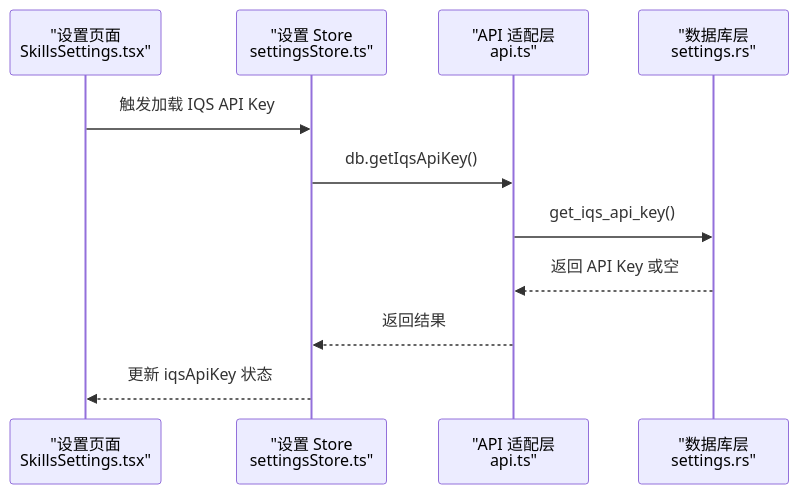
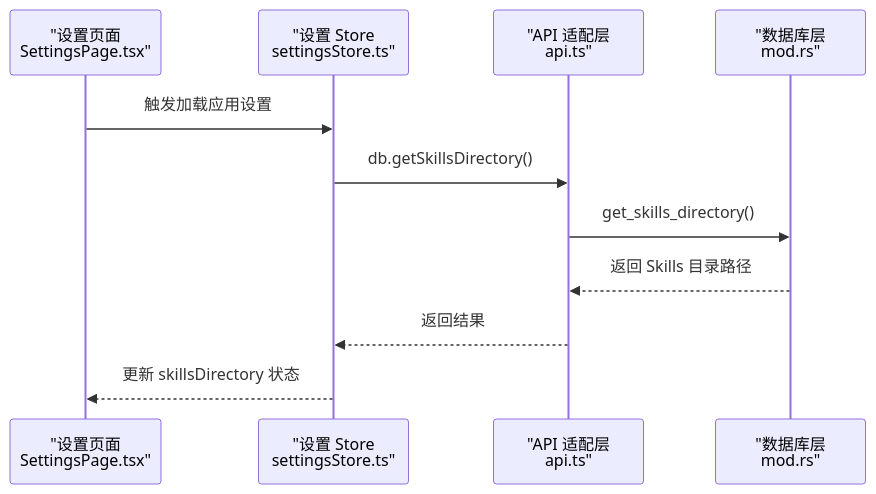
Before and after one commit to baike08/cosurf: the second of 6 diagrams in .qoder/repowiki/zh/content/设置和配置/工具设置.md, drawn with Mermaid. The commit also changed other lines of this file and 15 other files, not shown here.

````diff
--- a/.qoder/repowiki/zh/content/设置和配置/工具设置.md
+++ b/.qoder/repowiki/zh/content/设置和配置/工具设置.md
@@ -126,13 +117,13 @@
 ```mermaid
 sequenceDiagram
-participant UI as "设置页面<br/>SkillsSettings.tsx"
+participant UI as "设置页面<br/>SettingsPage.tsx"
 participant Store as "设置 Store<br/>settingsStore.ts"
 participant API as "API 适配层<br/>api.ts"
-participant DB as "数据库层<br/>settings.rs"
-UI->>Store : 触发加载 IQS API Key
-Store->>API : db.getIqsApiKey()
-API->>DB : get_iqs_api_key()
-DB-->>API : 返回 API Key 或空
+participant DB as "数据库层<br/>mod.rs"
+UI->>Store : 触发加载应用设置
+Store->>API : db.getSkillsDirectory()
+API->>DB : get_skills_directory()
+DB-->>API : 返回 Skills 目录路径
 API-->>Store : 返回结果
-Store-->>UI : 更新 iqsApiKey 状态
+Store-->>UI : 更新 skillsDirectory 状态
 ```
````
